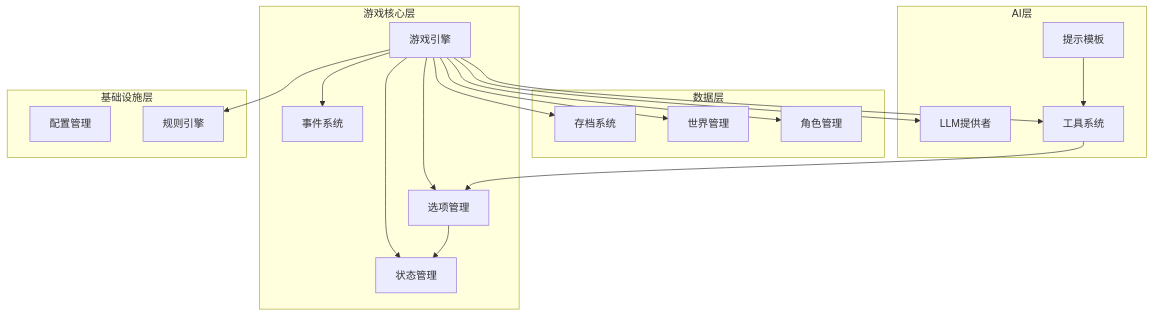
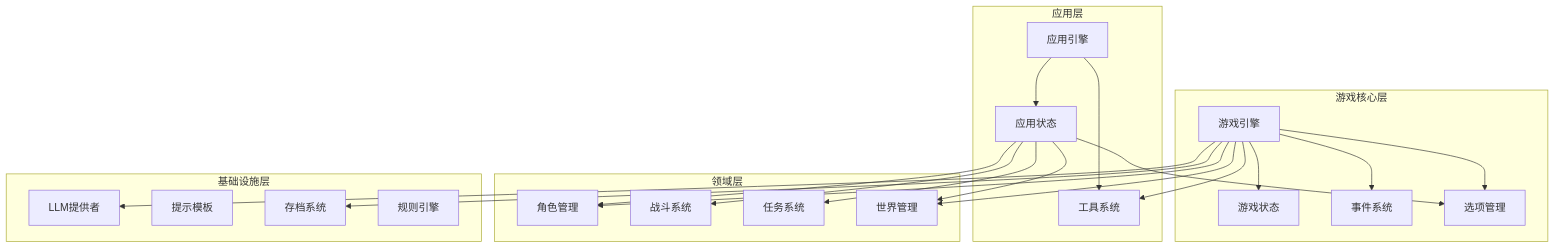
The first of 9 diagrams in .qoder/repowiki/zh/content/游戏引擎架构/状态管理系统.md (zwh8800/cdnd), drawn with Mermaid before and after one commit. The commit also changed other lines of this file and 102 other files, not shown here.

````diff
--- a/.qoder/repowiki/zh/content/游戏引擎架构/状态管理系统.md
+++ b/.qoder/repowiki/zh/content/游戏引擎架构/状态管理系统.md
@@ -51,35 +50,41 @@
 ```mermaid
 graph TB
 subgraph "游戏核心层"
-Engine[游戏引擎]
-State[状态管理]
-Events[事件系统]
-Options[选项管理]
+GameEngine[游戏引擎]
+GameState[游戏状态]
+GameEvents[事件系统]
+GameOptions[选项管理]
 end
-subgraph "数据层"
-Save[存档系统]
+subgraph "应用层"
+AppEngine[应用引擎]
+AppState[应用状态]
+AppTools[工具系统]
+end
+subgraph "领域层"
+Character[角色管理]
+Combat[战斗系统]
+Quest[任务系统]
 World[世界管理]
-Character[角色管理]
-end
-subgraph "AI层"
-LLM[LLM提供者]
-Tools[工具系统]
-Prompt[提示模板]
 end
 subgraph "基础设施层"
-Config[配置管理]
+LLM[LLM提供者]
+Prompt[提示模板]
+Save[存档系统]
 Rules[规则引擎]
 end
-Engine --> State
-Engine --> Options
-Engine --> Save
-Engine --> World
-Engine --> Character
-Engine --> LLM
-Engine --> Tools
-Engine --> Events
-Engine --> Rules
-Options --> State
-Tools --> Options
-Prompt --> Tools
+GameEngine --> GameState
+GameEngine --> GameOptions
+GameEngine --> Save
+GameEngine --> World
+GameEngine --> Character
+GameEngine --> LLM
+GameEngine --> AppTools
+GameEngine --> GameEvents
+AppEngine --> AppState
+AppEngine --> AppTools
+AppState --> Character
+AppState --> World
+AppState --> Quest
+AppState --> Combat
+AppState --> GameOptions
 ```
````
